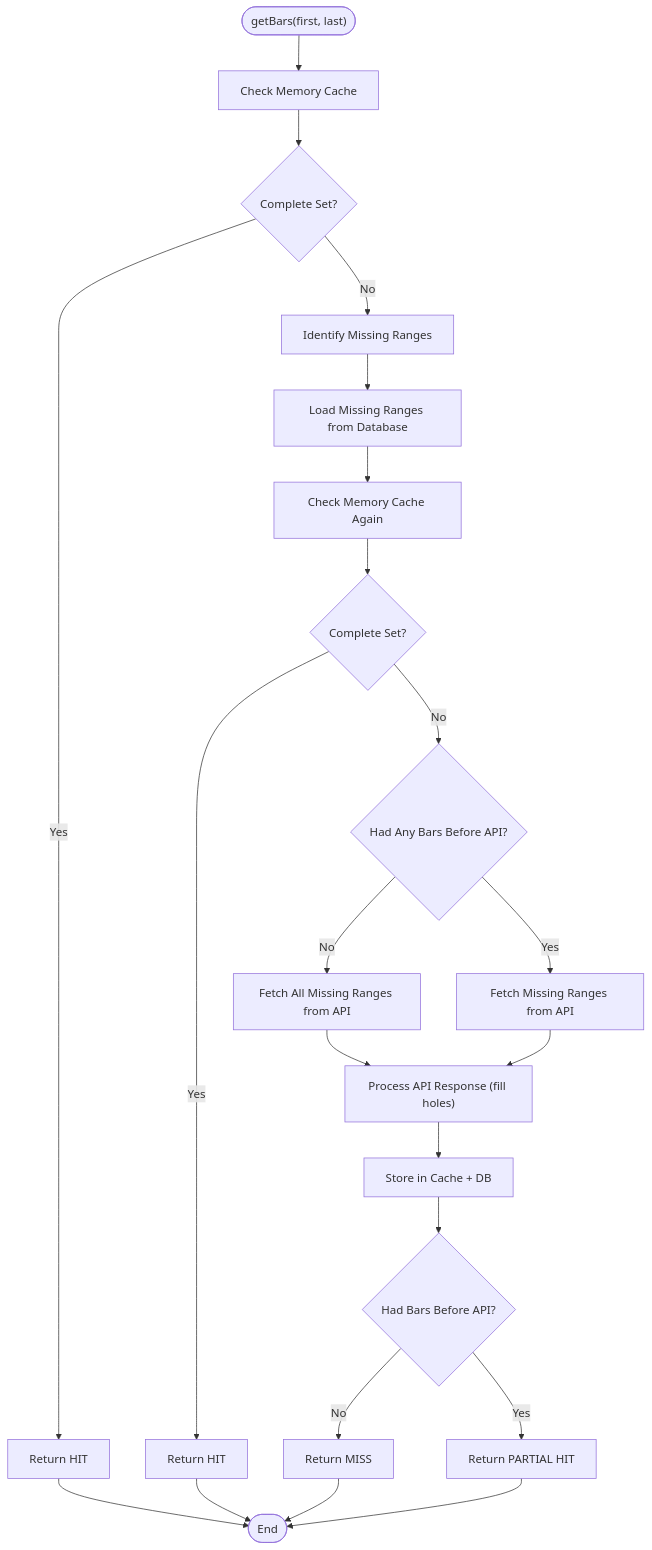
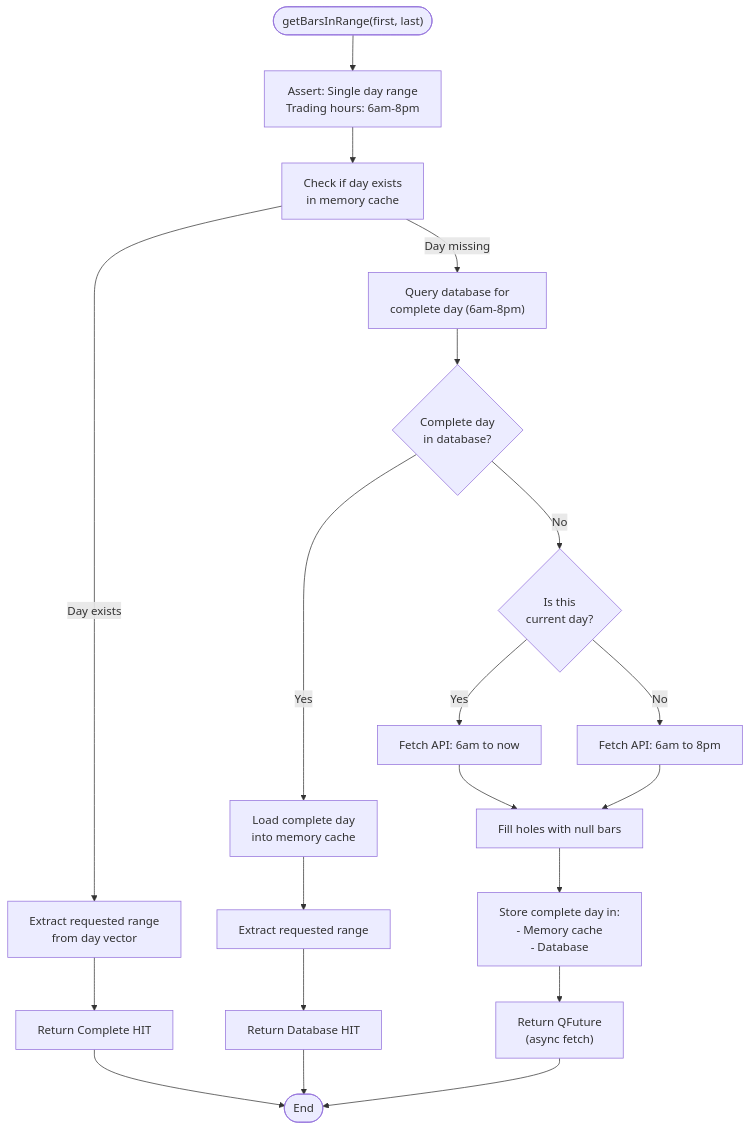
The fourth of 6 diagrams in Src/Core/Cache/BarCache/BarCache.md (simonbeaudoin0935/OpenTraderPlatform), drawn with Mermaid before and after one commit. The commit also changed other lines of this file and 76 other files, not shown here.

````diff
--- a/Src/Core/Cache/BarCache/BarCache.md
+++ b/Src/Core/Cache/BarCache/BarCache.md
@@ -148,30 +146,29 @@
 ```mermaid
 flowchart TD
-    START(["getBars(first, last)"]) --> CHECK_MEMORY["Check Memory Cache"]
-    CHECK_MEMORY --> COMPLETE_MEMORY{"Complete Set?"}
-
-    COMPLETE_MEMORY -->|"Yes"| HIT["Return HIT"]
-    COMPLETE_MEMORY -->|"No"| IDENTIFY_GAPS["Identify Missing Ranges"]
-    IDENTIFY_GAPS --> LOAD_DB["Load Missing Ranges from Database"]
-    LOAD_DB --> CHECK_MEMORY_AGAIN["Check Memory Cache Again"]
-    CHECK_MEMORY_AGAIN --> COMPLETE_AFTER_DB{"Complete Set?"}
-
-    COMPLETE_AFTER_DB -->|"Yes"| HIT_DB["Return HIT"]
-    COMPLETE_AFTER_DB -->|"No"| HAD_BARS_BEFORE_API{"Had Any Bars Before API?"}
-
-    HAD_BARS_BEFORE_API -->|"No"| FETCH_ALL["Fetch All Missing Ranges from API"]
-    HAD_BARS_BEFORE_API -->|"Yes"| FETCH_GAPS["Fetch Missing Ranges from API"]
-
-    FETCH_ALL --> PROCESS_API["Process API Response (fill holes)"]
-    FETCH_GAPS --> PROCESS_API
-
-    PROCESS_API --> STORE_CACHE["Store in Cache + DB"]
-    STORE_CACHE --> RESULT_TYPE{"Had Bars Before API?"}
-    RESULT_TYPE -->|"No"| MISS["Return MISS"]
-    RESULT_TYPE -->|"Yes"| PARTIAL["Return PARTIAL HIT"]
-
+    START(["getBarsInRange(first, last)"]) --> ASSERT["Assert: Single day range<br/>Trading hours: 6am-8pm"]
+    ASSERT --> CHECK_DAY["Check if day exists<br/>in memory cache"]
+    
+    CHECK_DAY -->|"Day exists"| EXTRACT_MEMORY["Extract requested range<br/>from day vector"]
+    EXTRACT_MEMORY --> HIT["Return Complete HIT"]
+    
+    CHECK_DAY -->|"Day missing"| CHECK_DB["Query database for<br/>complete day (6am-8pm)"]
+    CHECK_DB --> DB_COMPLETE{"Complete day<br/>in database?"}
+    
+    DB_COMPLETE -->|"Yes"| LOAD_DAY["Load complete day<br/>into memory cache"]
+    LOAD_DAY --> EXTRACT_DB["Extract requested range"]
+    EXTRACT_DB --> DB_HIT["Return Database HIT"]
+    
+    DB_COMPLETE -->|"No"| IS_TODAY{"Is this<br/>current day?"}
+    IS_TODAY -->|"Yes"| FETCH_PARTIAL["Fetch API: 6am to now"]
+    IS_TODAY -->|"No"| FETCH_FULL["Fetch API: 6am to 8pm"]
+    
+    FETCH_PARTIAL --> FILL_HOLES["Fill holes with null bars"]
+    FETCH_FULL --> FILL_HOLES
+    
+    FILL_HOLES --> STORE_BOTH["Store complete day in:<br/>- Memory cache<br/>- Database"]
+    STORE_BOTH --> ASYNC["Return QFuture<br/>(async fetch)"]
+    
     HIT --> END(["End"])
-    HIT_DB --> END
-    MISS --> END
-    PARTIAL --> END
+    DB_HIT --> END
+    ASYNC --> END
 ```
````
